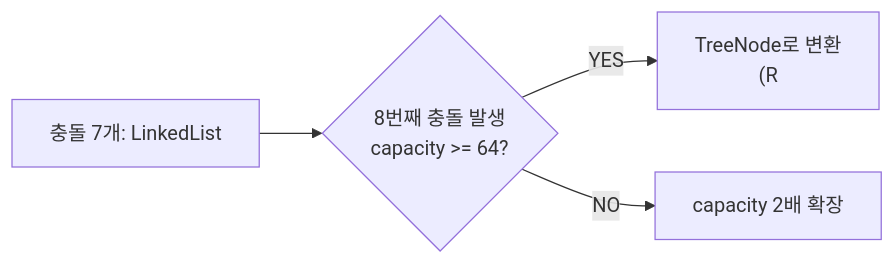
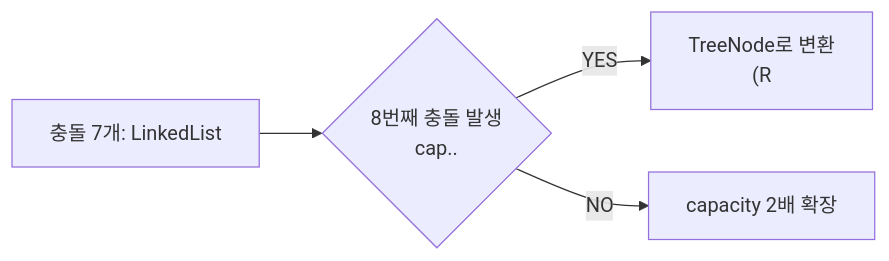
Diagram 12 of 21 in _posts/java/2026-05-01-java-collections.md (yjkim2015/yjkim2015.github.io), drawn with Mermaid before and after one commit. The commit also changed other lines of this file and 149 other files, not shown here.

First line of the commit message:
Mermaid 가독성 개선: 라벨 축약, 노드 축소, TD→LR 변환

````diff
--- a/_posts/java/2026-05-01-java-collections.md
+++ b/_posts/java/2026-05-01-java-collections.md
@@ -477,10 +470,10 @@
 ```mermaid
 graph LR
     A["충돌 7개: LinkedList"]
-    B{"8번째 충돌 발생<br>capacity >= 64?"}
+    B{"8번째 충돌 발생<br>cap.."}
     C["TreeNode로 변환<br>(R"]
     D["capacity 2배 확장<br>"]
     A --> B
     B -->|YES| C
     B -->|NO| D
 ```
````
